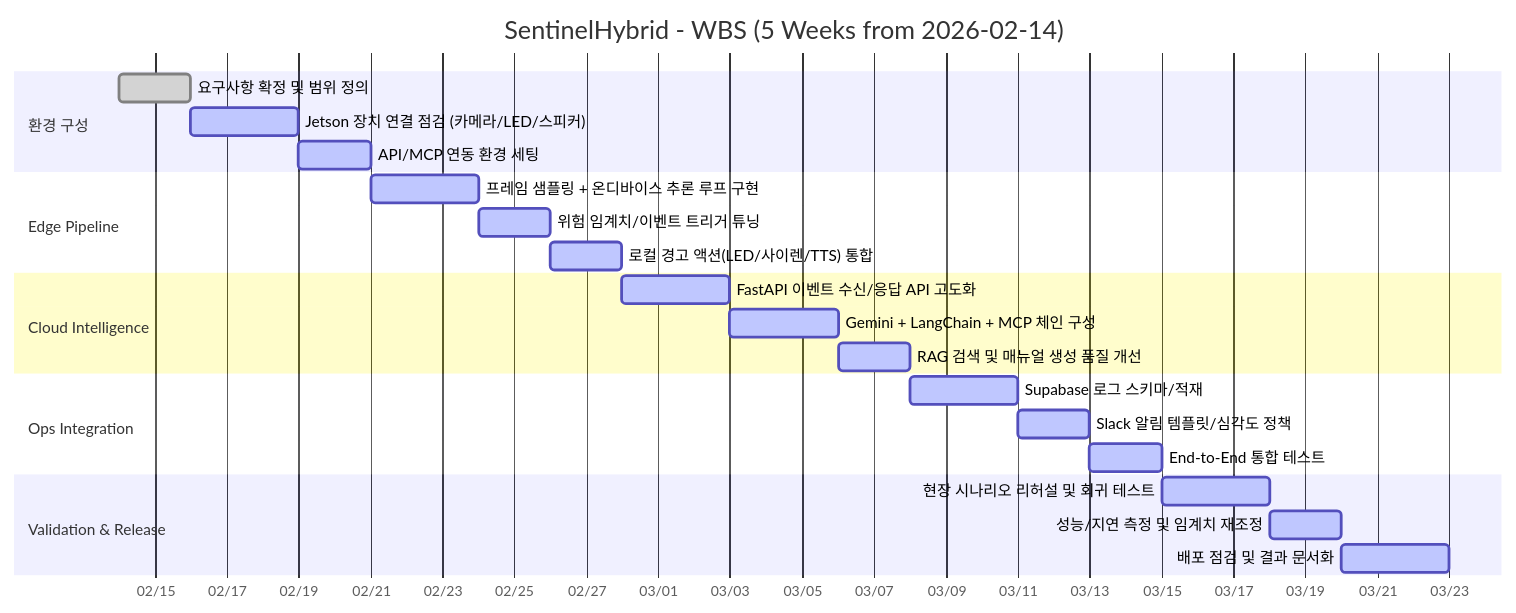
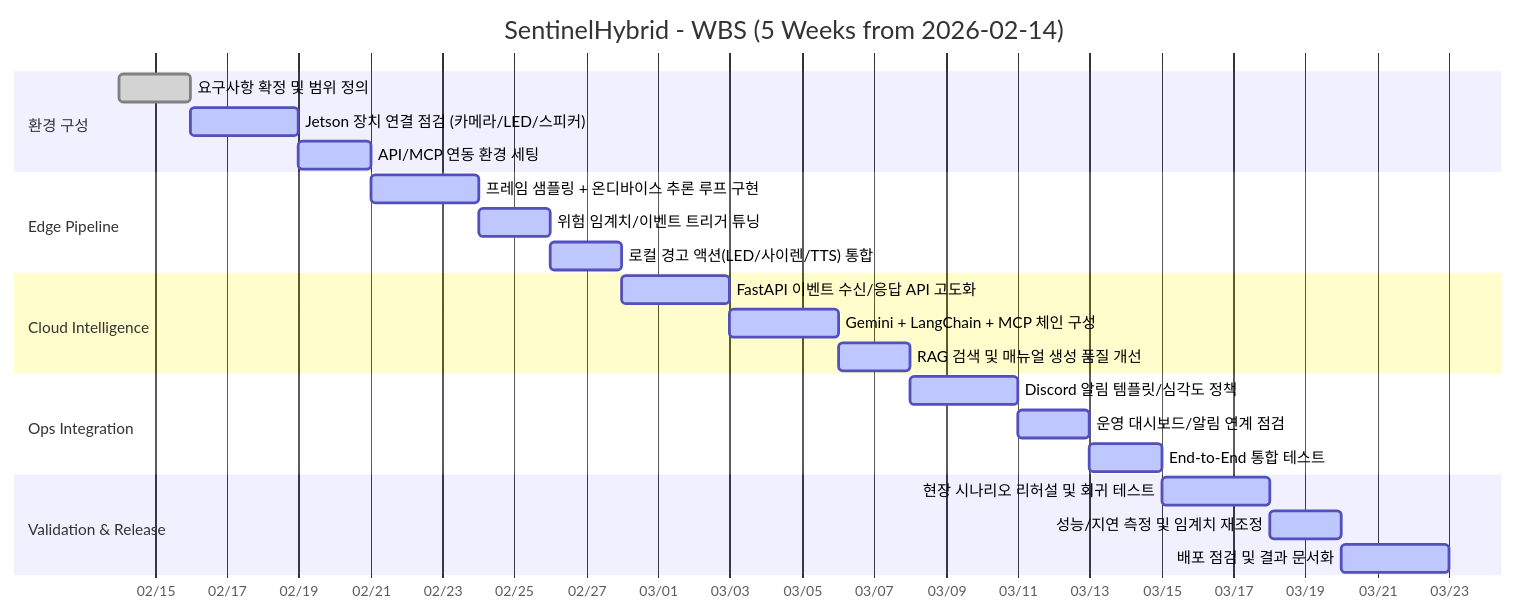
The diagram in README.md (junn0s/SentinelHybrid), drawn with Mermaid before and after one commit. The commit also changed other lines of this file and 3 other files, not shown here.

````diff
--- a/README.md
+++ b/README.md
@@ -160,31 +158,31 @@
 ```mermaid
 gantt
     title SentinelHybrid - WBS (5 Weeks from 2026-02-14)
     dateFormat  YYYY-MM-DD
     axisFormat  %m/%d
 
     section 환경 구성
     요구사항 확정 및 범위 정의                     :done,   a1, 2026-02-14, 2d
     Jetson 장치 연결 점검 (카메라/LED/스피커)     :active, a2, after a1, 3d
     API/MCP 연동 환경 세팅                         :active, a3, after a2, 2d
 
     section Edge Pipeline
     프레임 샘플링 + 온디바이스 추론 루프 구현      :active, b1, after a3, 3d
     위험 임계치/이벤트 트리거 튜닝                 :active, b2, after b1, 2d
     로컬 경고 액션(LED/사이렌/TTS) 통합            :active, b3, after b2, 2d
 
     section Cloud Intelligence
     FastAPI 이벤트 수신/응답 API 고도화            :active, c1, after b3, 3d
     Gemini + LangChain + MCP 체인 구성             :active, c2, after c1, 3d
     RAG 검색 및 매뉴얼 생성 품질 개선              :active, c3, after c2, 2d
 
     section Ops Integration
-    Supabase 로그 스키마/적재                       :active, d1, after c3, 3d
-    Slack 알림 템플릿/심각도 정책                   :active, d2, after d1, 2d
+    Discord 알림 템플릿/심각도 정책                 :active, d1, after c3, 3d
+    운영 대시보드/알림 연계 점검                     :active, d2, after d1, 2d
     End-to-End 통합 테스트                           :active, d3, after d2, 2d
 
     section Validation & Release
     현장 시나리오 리허설 및 회귀 테스트             :active, e1, after d3, 3d
     성능/지연 측정 및 임계치 재조정                 :active, e2, after e1, 2d
     배포 점검 및 결과 문서화                         :active, e3, after e2, 3d
 ```
````
